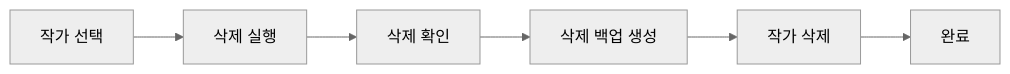
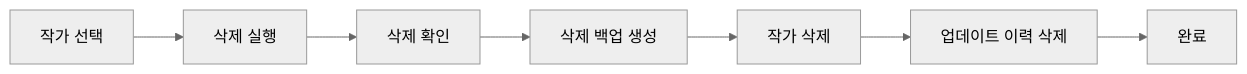
Before and after one commit to PKT0623/PixivLocalManager: diagram 16 of 25 in docs/03_SYSTEM_FLOW.md, drawn with Mermaid (neutral theme). The commit also changed other lines of this file and 10 other files, not shown here.

````diff
--- a/docs/03_SYSTEM_FLOW.md
+++ b/docs/03_SYSTEM_FLOW.md
@@ -198,14 +400,15 @@
 ```mermaid
 flowchart LR
 
 A[작가 선택]
 
 A --> B[삭제 실행]
 B --> C[삭제 확인]
 
 C --> D[삭제 백업 생성]
 
 D --> E[작가 삭제]
+E --> F[업데이트 이력 삭제]
 
-E --> F[완료]
+F --> G[완료]
 ```
````
